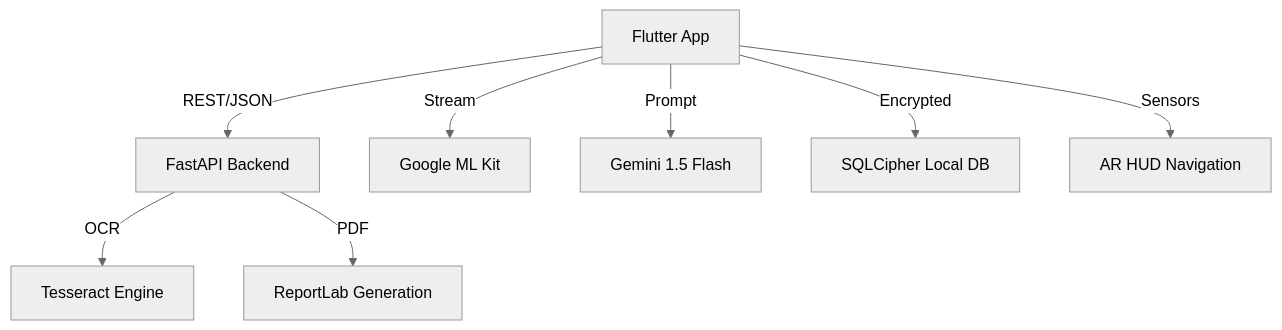
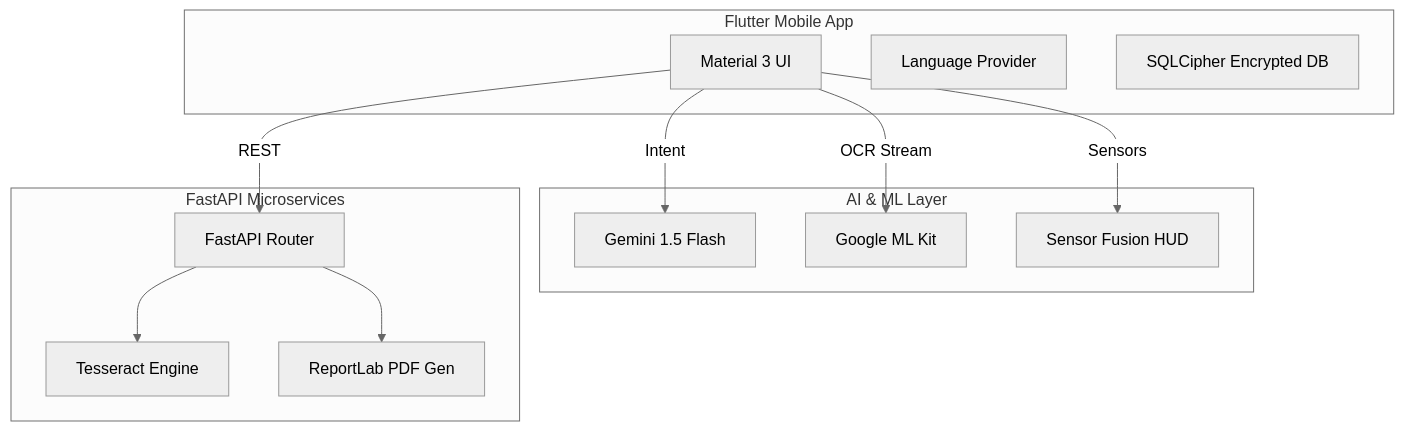
The diagram in README.md (Yassminefeki/Maak), drawn with Mermaid (neutral theme) before and after one commit. The commit also changed other lines of this file, not shown here.

````diff
--- a/README.md
+++ b/README.md
@@ -10,10 +43,27 @@
 ```mermaid
 graph TD
-    A[Flutter App] -->|REST/JSON| B[FastAPI Backend]
-    A -->|Stream| C[Google ML Kit]
-    A -->|Prompt| D[Gemini 1.5 Flash]
-    B -->|OCR| E[Tesseract Engine]
-    B -->|PDF| F[ReportLab Generation]
-    A -->|Encrypted| G[SQLCipher Local DB]
-    A -->|Sensors| H[AR HUD Navigation]
+    subgraph Frontend [Flutter Mobile App]
+        UI[Material 3 UI]
+        SP[Language Provider]
+        DB[SQLCipher Encrypted DB]
+    end
+
+    subgraph Intelligence [AI & ML Layer]
+        GEM[Gemini 1.5 Flash]
+        MLK[Google ML Kit]
+        AR[Sensor Fusion HUD]
+    end
+
+    subgraph Backend [FastAPI Microservices]
+        API[FastAPI Router]
+        OCR[Tesseract Engine]
+        PDF[ReportLab PDF Gen]
+    end
+
+    UI -->|Intent| GEM
+    UI -->|OCR Stream| MLK
+    UI -->|REST| API
+    UI -->|Sensors| AR
+    API --> OCR
+    API --> PDF
 ```
````
